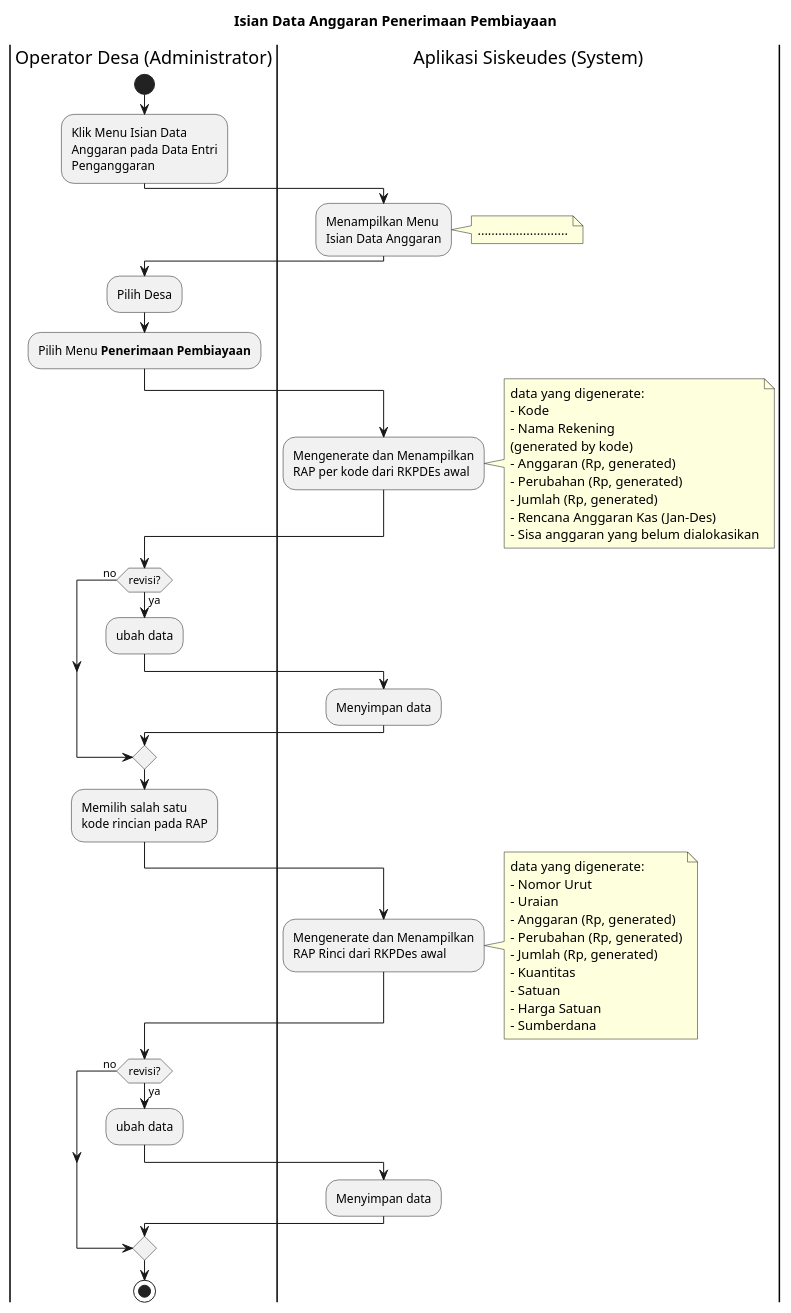
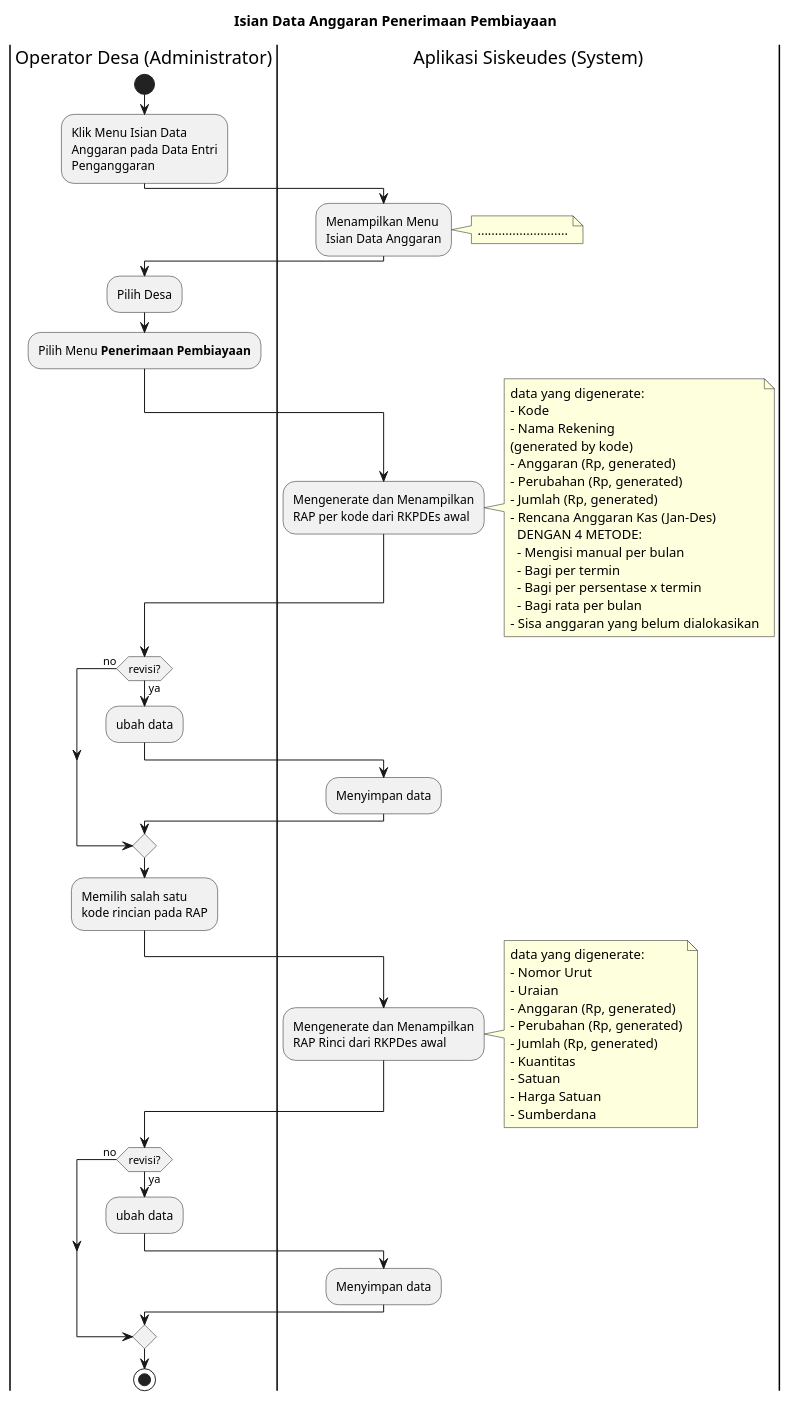
One commit to diancahyadi86/ProbisSiskudesWeb changed the diagram in Act Diagram/ANG1d_Isian Data Anggaran Penerimaan Pembiayaan.puml. Above: the diagram before and after it, drawn with PlantUML. The commit also changed 5 other files, not shown here.

```diff
--- a/Act Diagram/ANG1d_Isian Data Anggaran Penerimaan Pembiayaan.puml
+++ b/Act Diagram/ANG1d_Isian Data Anggaran Penerimaan Pembiayaan.puml
@@ -1,66 +1,71 @@
 @startuml
 title "Isian Data Anggaran Penerimaan Pembiayaan"
 |Operator Desa (Administrator)|
 start
 :Klik Menu Isian Data
 Anggaran pada Data Entri
 Penganggaran;
 |Aplikasi Siskeudes (System)|
 :Menampilkan Menu
 Isian Data Anggaran;
 note right
     ..........................
 end note
 |Operator Desa (Administrator)|
 :Pilih Desa;
 :Pilih Menu **Penerimaan Pembiayaan**;
 |Aplikasi Siskeudes (System)|
 :Mengenerate dan Menampilkan
 RAP per kode dari RKPDEs awal;
 note right
     data yang digenerate:
     - Kode
     - Nama Rekening
     (generated by kode)
     - Anggaran (Rp, generated)
     - Perubahan (Rp, generated)
     - Jumlah (Rp, generated)
     - Rencana Anggaran Kas (Jan-Des)
+      DENGAN 4 METODE:
+      - Mengisi manual per bulan
+      - Bagi per termin
+      - Bagi per persentase x termin
+      - Bagi rata per bulan
     - Sisa anggaran yang belum dialokasikan
 end note
 |Operator Desa (Administrator)|
 if (revisi?) then (ya)
     :ubah data;
     |Aplikasi Siskeudes (System)|
     :Menyimpan data;
 else (no)
 endif
 |Operator Desa (Administrator)|
 :Memilih salah satu
 kode rincian pada RAP;
 |Aplikasi Siskeudes (System)|
 :Mengenerate dan Menampilkan
 RAP Rinci dari RKPDes awal;
 note right
     data yang digenerate:
     - Nomor Urut
     - Uraian
     - Anggaran (Rp, generated)
     - Perubahan (Rp, generated)
     - Jumlah (Rp, generated)
     - Kuantitas
     - Satuan
     - Harga Satuan
     - Sumberdana
 end note
 |Operator Desa (Administrator)|
 if (revisi?) then (ya)
     :ubah data;
     |Aplikasi Siskeudes (System)|
     :Menyimpan data;
 else (no)
 endif
 |Operator Desa (Administrator)|
 stop
 
 @enduml
```
